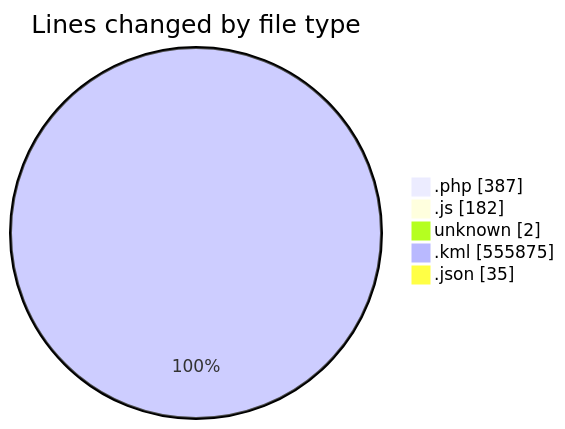
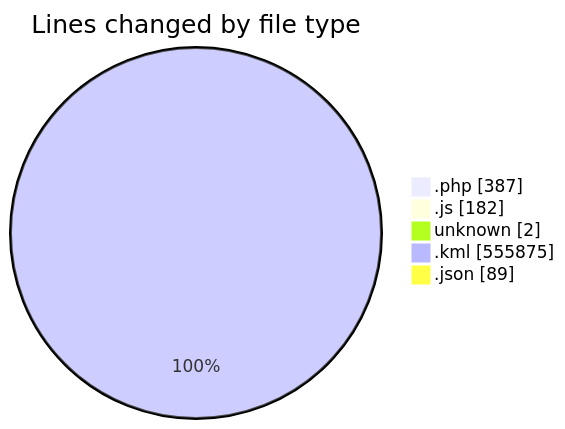
The first of 2 diagrams in 2025-03-26/kml/README.md (LanceThiago/code-tracking), drawn with Mermaid before and after one commit. The commit also changed other lines of this file and 1 other file, not shown here.

````diff
--- a/2025-03-26/kml/README.md
+++ b/2025-03-26/kml/README.md
@@ -26,9 +27,9 @@
 ```mermaid
 pie showData
 title Lines changed by file type
 ".php" : 387
 ".js" : 182
 "unknown" : 2
 ".kml" : 555875
-".json" : 35
+".json" : 89
 ```
````
